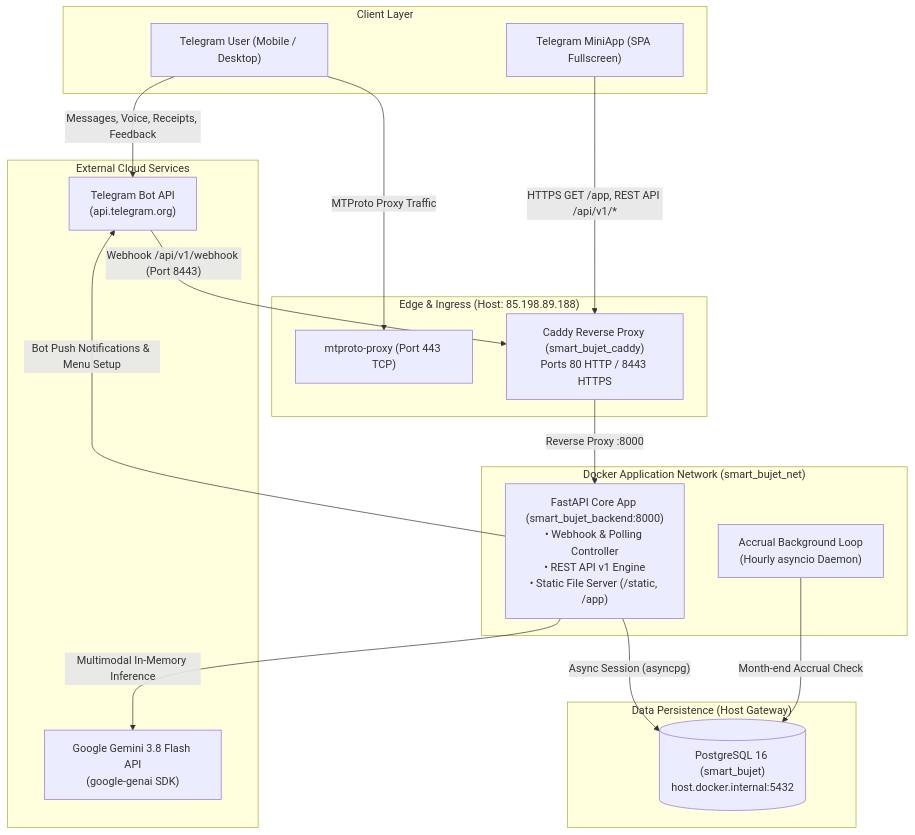
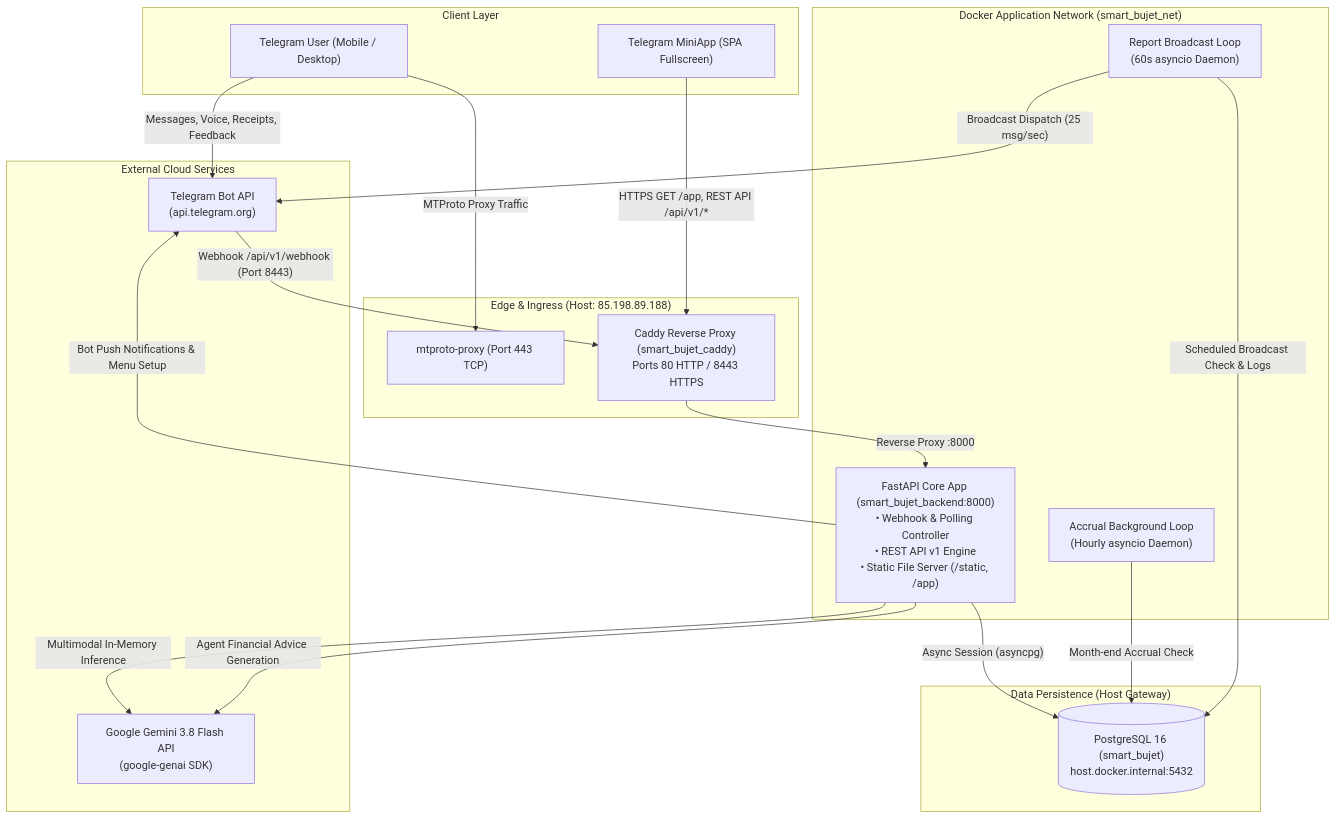
The first of 9 diagrams in ARCHITECTURE.md (AntonioKolosov/smart-bujet), drawn with Mermaid before and after one commit. The commit also changed other lines of this file and 8 other files, not shown here.

Commit message:
feat(receipts): batch receipt album processing, test suite fixes, and ARCHITECTURE.md v2.6.0

````diff
--- a/ARCHITECTURE.md
+++ b/ARCHITECTURE.md
@@ -19,38 +19,42 @@
 ```mermaid
 flowchart TD
     subgraph ClientLayer ["Client Layer"]
         TG_USER["Telegram User (Mobile / Desktop)"]
         TG_MINIAPP["Telegram MiniApp (SPA Fullscreen)"]
     end
 
     subgraph EdgeLayer ["Edge & Ingress (Host: 85.198.89.188)"]
         MTPROTO["mtproto-proxy (Port 443 TCP)"]
         CADDY["Caddy Reverse Proxy (smart_bujet_caddy)<br/>Ports 80 HTTP / 8443 HTTPS"]
     end
 
     subgraph ContainerLayer ["Docker Application Network (smart_bujet_net)"]
         FASTAPI["FastAPI Core App (smart_bujet_backend:8000)<br/>• Webhook & Polling Controller<br/>• REST API v1 Engine<br/>• Static File Server (/static, /app)"]
-        SCHEDULER["Accrual Background Loop<br/>(Hourly asyncio Daemon)"]
+        SCHED_ACCRUAL["Accrual Background Loop<br/>(Hourly asyncio Daemon)"]
+        SCHED_REPORT["Report Broadcast Loop<br/>(60s asyncio Daemon)"]
     end
 
     subgraph DatabaseLayer ["Data Persistence (Host Gateway)"]
         POSTGRES[("PostgreSQL 16 (smart_bujet)<br/>host.docker.internal:5432")]
     end
 
     subgraph ExternalServices ["External Cloud Services"]
         GEMINI["Google Gemini 3.8 Flash API<br/>(google-genai SDK)"]
         TELEGRAM_API["Telegram Bot API<br/>(api.telegram.org)"]
     end
 
     TG_USER -->|"Messages, Voice, Receipts, Feedback"| TELEGRAM_API
     TG_USER -->|"MTProto Proxy Traffic"| MTPROTO
     TG_MINIAPP -->|"HTTPS GET /app, REST API /api/v1/*"| CADDY
 
     TELEGRAM_API -->|"Webhook /api/v1/webhook (Port 8443)"| CADDY
     CADDY -->|"Reverse Proxy :8000"| FASTAPI
 
     FASTAPI -->|"Multimodal In-Memory Inference"| GEMINI
+    FASTAPI -->|"Agent Financial Advice Generation"| GEMINI
     FASTAPI -->|"Async Session (asyncpg)"| POSTGRES
-    SCHEDULER -->|"Month-end Accrual Check"| POSTGRES
+    SCHED_ACCRUAL -->|"Month-end Accrual Check"| POSTGRES
+    SCHED_REPORT -->|"Scheduled Broadcast Check & Logs"| POSTGRES
+    SCHED_REPORT -->|"Broadcast Dispatch (25 msg/sec)"| TELEGRAM_API
     FASTAPI -->|"Bot Push Notifications & Menu Setup"| TELEGRAM_API
 ```
````
